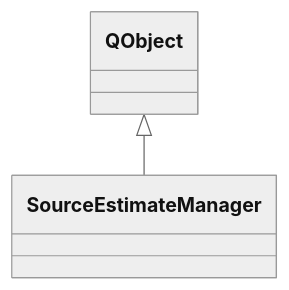
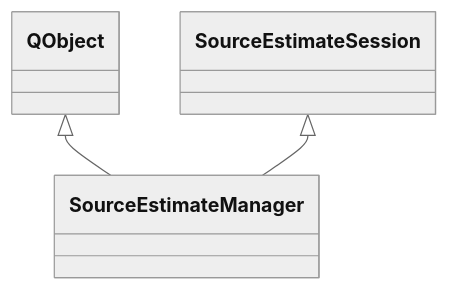
Before and after one commit to mne-tools/mne-cpp: the diagram in doc/website/docs/api/viz-qt/source-estimate-manager.mdx, drawn with Mermaid (neutral theme). The commit also changed other lines of this file and 16 other files, not shown here.

````diff
--- a/doc/website/docs/api/viz-qt/source-estimate-manager.mdx
+++ b/doc/website/docs/api/viz-qt/source-estimate-manager.mdx
@@ -26,4 +22,6 @@
 ```mermaid
 classDiagram
     QObject <|-- SourceEstimateManager
+    SourceEstimateSession <|-- SourceEstimateManager
+    click SourceEstimateSession href "../../viz/source-estimate-session/"
 ```
````
